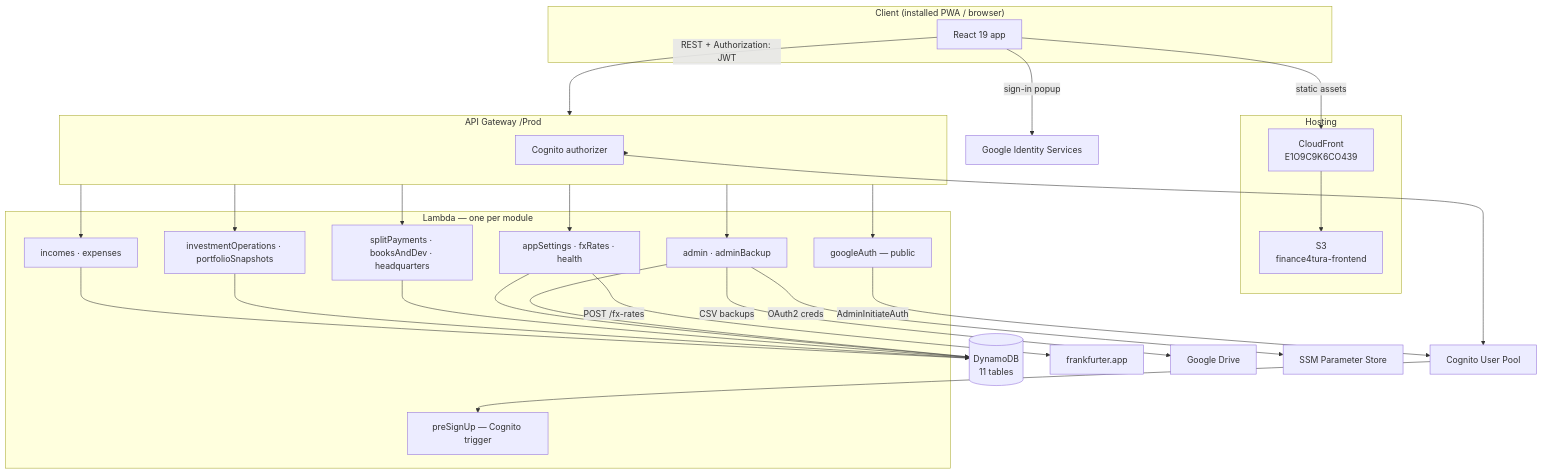
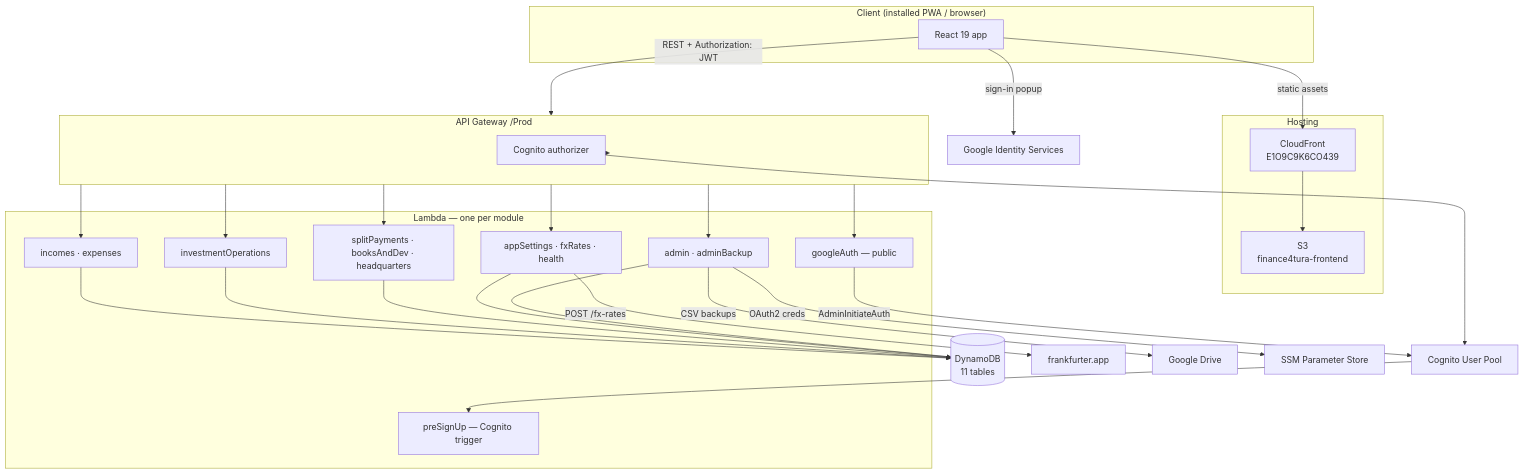
The first of 4 diagrams in README.md (mnenciulescu/Finance4Tura), drawn with Mermaid before and after one commit. The commit also changed other lines of this file and 33 other files, not shown here.

````diff
--- a/README.md
+++ b/README.md
@@ -131,44 +131,44 @@
 ```mermaid
 graph TB
     subgraph Client["Client (installed PWA / browser)"]
         B[React 19 app]
     end
 
     subgraph Edge["Hosting"]
         CF[CloudFront<br/>E1O9C9K6CO439]
         S3[S3<br/>finance4tura-frontend]
     end
 
     subgraph API["API Gateway /Prod"]
         AUTHZ[Cognito authorizer]
     end
 
     subgraph Lambdas["Lambda — one per module"]
         L1[incomes · expenses]
-        L2[investmentOperations · portfolioSnapshots]
+        L2[investmentOperations]
         L3[splitPayments · booksAndDev · headquarters]
         L4[appSettings · fxRates · health]
         L5[admin · adminBackup]
         L6[googleAuth — public]
         L7[preSignUp — Cognito trigger]
     end
 
     DDB[(DynamoDB<br/>11 tables)]
     COG[Cognito User Pool]
     GIS[Google Identity Services]
     FX[frankfurter.app]
     GD[Google Drive]
     SSM[SSM Parameter Store]
 
     B -->|static assets| CF --> S3
     B -->|"REST + Authorization: JWT"| API
     API --> AUTHZ --> COG
     API --> L1 & L2 & L3 & L4 & L5 & L6
     L1 & L2 & L3 & L4 & L5 --> DDB
     L6 -->|AdminInitiateAuth| COG
     COG --> L7
     L4 -->|POST /fx-rates| FX
     L5 -->|CSV backups| GD
     L5 -->|OAuth2 creds| SSM
     B -->|sign-in popup| GIS
 ```
````
